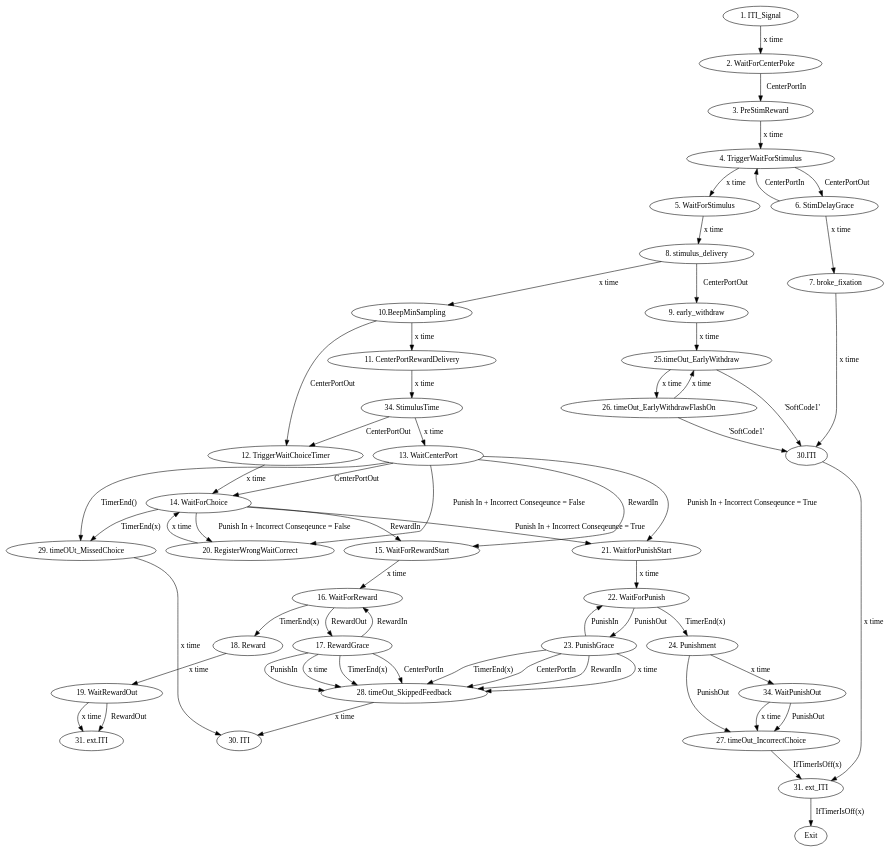
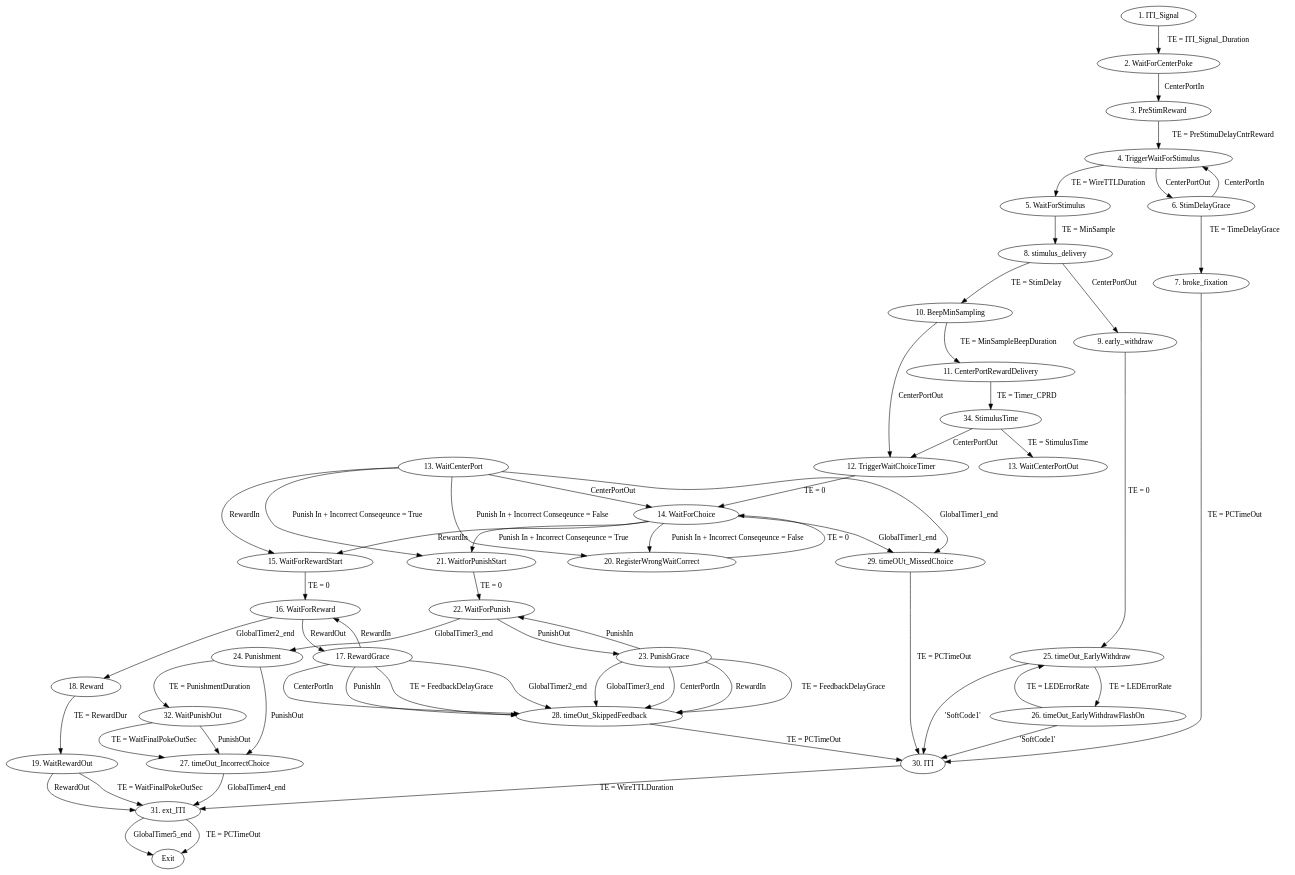
The diagram in FSM_Diagram/Mouse2AFC_State_Tranition_Table.dot (ckarageorgkaneen/mouse2afc), drawn with Graphviz before and after one commit. The commit also changed 2 other files, not shown here.

Commit message:
Revise and add detail to FSM diagram

```diff
--- a/FSM_Diagram/Mouse2AFC_State_Tranition_Table.dot
+++ b/FSM_Diagram/Mouse2AFC_State_Tranition_Table.dot
@@ -1,182 +1,185 @@
 digraph {
 	"1. ITI_Signal"
 	"2. WaitForCenterPoke"
-	"1. ITI_Signal" -> "2. WaitForCenterPoke" [label="x time"]
+	"1. ITI_Signal" -> "2. WaitForCenterPoke" [label="TE = ITI_Signal_Duration"]
 	"2. WaitForCenterPoke"
 	"3. PreStimReward"
 	"2. WaitForCenterPoke" -> "3. PreStimReward" [label=CenterPortIn]
 	"3. PreStimReward"
 	"4. TriggerWaitForStimulus"
-	"3. PreStimReward" -> "4. TriggerWaitForStimulus" [label="x time"]
+	"3. PreStimReward" -> "4. TriggerWaitForStimulus" [label="TE = PreStimuDelayCntrReward"]
 	"4. TriggerWaitForStimulus"
 	"5. WaitForStimulus"
-	"4. TriggerWaitForStimulus" -> "5. WaitForStimulus" [label="x time"]
+	"4. TriggerWaitForStimulus" -> "5. WaitForStimulus" [label="TE = WireTTLDuration"]
 	"4. TriggerWaitForStimulus"
 	"6. StimDelayGrace"
 	"4. TriggerWaitForStimulus" -> "6. StimDelayGrace" [label=CenterPortOut]
 	"5. WaitForStimulus"
 	"8. stimulus_delivery"
-	"5. WaitForStimulus" -> "8. stimulus_delivery" [label="x time"]
+	"5. WaitForStimulus" -> "8. stimulus_delivery" [label="TE = MinSample"]
 	"8. stimulus_delivery"
 	"9. early_withdraw"
 	"8. stimulus_delivery" -> "9. early_withdraw" [label=CenterPortOut]
 	"8. stimulus_delivery"
-	"10.BeepMinSampling"
-	"8. stimulus_delivery" -> "10.BeepMinSampling" [label="x time"]
+	"10. BeepMinSampling"
+	"8. stimulus_delivery" -> "10. BeepMinSampling" [label="TE = StimDelay"]
 	"9. early_withdraw"
-	"25.timeOut_EarlyWithdraw"
-	"9. early_withdraw" -> "25.timeOut_EarlyWithdraw" [label="x time"]
-	"25.timeOut_EarlyWithdraw"
+	"25. timeOut_EarlyWithdraw"
+	"9. early_withdraw" -> "25. timeOut_EarlyWithdraw" [label="TE = 0"]
+	"25. timeOut_EarlyWithdraw"
 	"26. timeOut_EarlyWithdrawFlashOn"
-	"25.timeOut_EarlyWithdraw" -> "26. timeOut_EarlyWithdrawFlashOn" [label="x time"]
-	"25.timeOut_EarlyWithdraw"
-	"30.ITI"
-	"25.timeOut_EarlyWithdraw" -> "30.ITI" [label="'SoftCode1'"]
+	"25. timeOut_EarlyWithdraw" -> "26. timeOut_EarlyWithdrawFlashOn" [label="TE = LEDErrorRate"]
+	"25. timeOut_EarlyWithdraw"
+	"30. ITI"
+	"25. timeOut_EarlyWithdraw" -> "30. ITI" [label="'SoftCode1'"]
 	"26. timeOut_EarlyWithdrawFlashOn"
-	"25.timeOut_EarlyWithdraw"
-	"26. timeOut_EarlyWithdrawFlashOn" -> "25.timeOut_EarlyWithdraw" [label="x time"]
+	"25. timeOut_EarlyWithdraw"
+	"26. timeOut_EarlyWithdrawFlashOn" -> "25. timeOut_EarlyWithdraw" [label="TE = LEDErrorRate"]
 	"26. timeOut_EarlyWithdrawFlashOn"
-	"30.ITI"
-	"26. timeOut_EarlyWithdrawFlashOn" -> "30.ITI" [label="'SoftCode1'"]
+	"30. ITI"
+	"26. timeOut_EarlyWithdrawFlashOn" -> "30. ITI" [label="'SoftCode1'"]
 	"6. StimDelayGrace"
 	"4. TriggerWaitForStimulus"
 	"6. StimDelayGrace" -> "4. TriggerWaitForStimulus" [label=CenterPortIn]
 	"6. StimDelayGrace"
 	"7. broke_fixation"
-	"6. StimDelayGrace" -> "7. broke_fixation" [label="x time"]
+	"6. StimDelayGrace" -> "7. broke_fixation" [label="TE = TimeDelayGrace"]
 	"7. broke_fixation"
-	"30.ITI"
-	"7. broke_fixation" -> "30.ITI" [label="x time"]
-	"10.BeepMinSampling"
+	"30. ITI"
+	"7. broke_fixation" -> "30. ITI" [label="TE = PCTimeOut"]
+	"10. BeepMinSampling"
 	"11. CenterPortRewardDelivery"
-	"10.BeepMinSampling" -> "11. CenterPortRewardDelivery" [label="x time"]
-	"10.BeepMinSampling"
+	"10. BeepMinSampling" -> "11. CenterPortRewardDelivery" [label="TE = MinSampleBeepDuration"]
+	"10. BeepMinSampling"
 	"12. TriggerWaitChoiceTimer"
-	"10.BeepMinSampling" -> "12. TriggerWaitChoiceTimer" [label=CenterPortOut]
+	"10. BeepMinSampling" -> "12. TriggerWaitChoiceTimer" [label=CenterPortOut]
 	"11. CenterPortRewardDelivery"
 	"34. StimulusTime"
-	"11. CenterPortRewardDelivery" -> "34. StimulusTime" [label="x time"]
+	"11. CenterPortRewardDelivery" -> "34. StimulusTime" [label="TE = Timer_CPRD"]
 	"34. StimulusTime"
-	"13. WaitCenterPort"
-	"34. StimulusTime" -> "13. WaitCenterPort" [label="x time"]
+	"13. WaitCenterPortOut"
+	"34. StimulusTime" -> "13. WaitCenterPortOut" [label="TE = StimulusTime"]
 	"34. StimulusTime"
 	"12. TriggerWaitChoiceTimer"
 	"34. StimulusTime" -> "12. TriggerWaitChoiceTimer" [label=CenterPortOut]
 	"13. WaitCenterPort"
 	"14. WaitForChoice"
 	"13. WaitCenterPort" -> "14. WaitForChoice" [label=CenterPortOut]
 	"13. WaitCenterPort"
 	"15. WaitForRewardStart"
 	"13. WaitCenterPort" -> "15. WaitForRewardStart" [label=RewardIn]
 	"13. WaitCenterPort"
 	"29. timeOUt_MissedChoice"
-	"13. WaitCenterPort" -> "29. timeOUt_MissedChoice" [label="TimerEnd()"]
+	"13. WaitCenterPort" -> "29. timeOUt_MissedChoice" [label=GlobalTimer1_end]
 	"13. WaitCenterPort"
 	"21. WaitforPunishStart"
 	"13. WaitCenterPort" -> "21. WaitforPunishStart" [label="Punish In + Incorrect Conseqeunce = True"]
 	"13. WaitCenterPort"
 	"20. RegisterWrongWaitCorrect"
 	"13. WaitCenterPort" -> "20. RegisterWrongWaitCorrect" [label="Punish In + Incorrect Conseqeunce = False"]
 	"12. TriggerWaitChoiceTimer"
 	"14. WaitForChoice"
-	"12. TriggerWaitChoiceTimer" -> "14. WaitForChoice" [label="x time"]
+	"12. TriggerWaitChoiceTimer" -> "14. WaitForChoice" [label="TE = 0  "]
 	"14. WaitForChoice"
 	"15. WaitForRewardStart"
 	"14. WaitForChoice" -> "15. WaitForRewardStart" [label=RewardIn]
 	"14. WaitForChoice"
 	"29. timeOUt_MissedChoice"
-	"14. WaitForChoice" -> "29. timeOUt_MissedChoice" [label="TimerEnd(x)"]
+	"14. WaitForChoice" -> "29. timeOUt_MissedChoice" [label=GlobalTimer1_end]
 	"14. WaitForChoice"
 	"21. WaitforPunishStart"
 	"14. WaitForChoice" -> "21. WaitforPunishStart" [label="Punish In + Incorrect Conseqeunce = True"]
 	"14. WaitForChoice"
 	"20. RegisterWrongWaitCorrect"
 	"14. WaitForChoice" -> "20. RegisterWrongWaitCorrect" [label="Punish In + Incorrect Conseqeunce = False"]
 	"29. timeOUt_MissedChoice"
 	"30. ITI"
-	"29. timeOUt_MissedChoice" -> "30. ITI" [label="x time"]
+	"29. timeOUt_MissedChoice" -> "30. ITI" [label="TE = PCTimeOut"]
 	"20. RegisterWrongWaitCorrect"
 	"14. WaitForChoice"
-	"20. RegisterWrongWaitCorrect" -> "14. WaitForChoice" [label="x time"]
+	"20. RegisterWrongWaitCorrect" -> "14. WaitForChoice" [label="TE = 0"]
 	"21. WaitforPunishStart"
 	"22. WaitForPunish"
-	"21. WaitforPunishStart" -> "22. WaitForPunish" [label="x time"]
+	"21. WaitforPunishStart" -> "22. WaitForPunish" [label="TE = 0"]
 	"22. WaitForPunish"
 	"23. PunishGrace"
 	"22. WaitForPunish" -> "23. PunishGrace" [label=PunishOut]
 	"22. WaitForPunish"
 	"24. Punishment"
-	"22. WaitForPunish" -> "24. Punishment" [label="TimerEnd(x)"]
+	"22. WaitForPunish" -> "24. Punishment" [label=GlobalTimer3_end]
 	"23. PunishGrace"
 	"22. WaitForPunish"
 	"23. PunishGrace" -> "22. WaitForPunish" [label=PunishIn]
 	"23. PunishGrace"
 	"28. timeOut_SkippedFeedback"
-	"23. PunishGrace" -> "28. timeOut_SkippedFeedback" [label="x time"]
+	"23. PunishGrace" -> "28. timeOut_SkippedFeedback" [label="TE = FeedbackDelayGrace"]
 	"23. PunishGrace"
 	"28. timeOut_SkippedFeedback"
-	"23. PunishGrace" -> "28. timeOut_SkippedFeedback" [label="TimerEnd(x)"]
+	"23. PunishGrace" -> "28. timeOut_SkippedFeedback" [label=GlobalTimer3_end]
 	"23. PunishGrace"
 	"28. timeOut_SkippedFeedback"
 	"23. PunishGrace" -> "28. timeOut_SkippedFeedback" [label=CenterPortIn]
 	"23. PunishGrace"
 	"28. timeOut_SkippedFeedback"
 	"23. PunishGrace" -> "28. timeOut_SkippedFeedback" [label=RewardIn]
 	"24. Punishment"
 	"27. timeOut_IncorrectChoice"
 	"24. Punishment" -> "27. timeOut_IncorrectChoice" [label=PunishOut]
 	"24. Punishment"
-	"34. WaitPunishOut"
-	"24. Punishment" -> "34. WaitPunishOut" [label="x time"]
+	"32. WaitPunishOut"
+	"24. Punishment" -> "32. WaitPunishOut" [label="TE = PunishmentDuration"]
 	"27. timeOut_IncorrectChoice"
 	"31. ext_ITI"
-	"27. timeOut_IncorrectChoice" -> "31. ext_ITI" [label="IfTimerIsOff(x)"]
-	"34. WaitPunishOut"
+	"27. timeOut_IncorrectChoice" -> "31. ext_ITI" [label=GlobalTimer4_end]
+	"32. WaitPunishOut"
 	"27. timeOut_IncorrectChoice"
-	"34. WaitPunishOut" -> "27. timeOut_IncorrectChoice" [label="x time"]
-	"34. WaitPunishOut"
+	"32. WaitPunishOut" -> "27. timeOut_IncorrectChoice" [label="TE = WaitFinalPokeOutSec"]
+	"32. WaitPunishOut"
 	"27. timeOut_IncorrectChoice"
-	"34. WaitPunishOut" -> "27. timeOut_IncorrectChoice" [label=PunishOut]
+	"32. WaitPunishOut" -> "27. timeOut_IncorrectChoice" [label=PunishOut]
 	"15. WaitForRewardStart"
 	"16. WaitForReward"
-	"15. WaitForRewardStart" -> "16. WaitForReward" [label="x time"]
+	"15. WaitForRewardStart" -> "16. WaitForReward" [label="TE = 0"]
 	"16. WaitForReward"
 	"17. RewardGrace"
 	"16. WaitForReward" -> "17. RewardGrace" [label=RewardOut]
 	"16. WaitForReward"
 	"18. Reward"
-	"16. WaitForReward" -> "18. Reward" [label="TimerEnd(x)"]
+	"16. WaitForReward" -> "18. Reward" [label=GlobalTimer2_end]
 	"17. RewardGrace"
 	"16. WaitForReward"
 	"17. RewardGrace" -> "16. WaitForReward" [label=RewardIn]
 	"17. RewardGrace"
 	"28. timeOut_SkippedFeedback"
-	"17. RewardGrace" -> "28. timeOut_SkippedFeedback" [label="x time"]
+	"17. RewardGrace" -> "28. timeOut_SkippedFeedback" [label="TE = FeedbackDelayGrace"]
 	"17. RewardGrace"
 	"28. timeOut_SkippedFeedback"
-	"17. RewardGrace" -> "28. timeOut_SkippedFeedback" [label="TimerEnd(x)"]
+	"17. RewardGrace" -> "28. timeOut_SkippedFeedback" [label=GlobalTimer2_end]
 	"17. RewardGrace"
 	"28. timeOut_SkippedFeedback"
 	"17. RewardGrace" -> "28. timeOut_SkippedFeedback" [label=CenterPortIn]
 	"17. RewardGrace"
 	"28. timeOut_SkippedFeedback"
 	"17. RewardGrace" -> "28. timeOut_SkippedFeedback" [label=PunishIn]
 	"28. timeOut_SkippedFeedback"
 	"30. ITI"
-	"28. timeOut_SkippedFeedback" -> "30. ITI" [label="x time"]
+	"28. timeOut_SkippedFeedback" -> "30. ITI" [label="TE = PCTimeOut"]
 	"18. Reward"
 	"19. WaitRewardOut"
-	"18. Reward" -> "19. WaitRewardOut" [label="x time"]
+	"18. Reward" -> "19. WaitRewardOut" [label="TE = RewardDur"]
 	"19. WaitRewardOut"
-	"31. ext.ITI"
-	"19. WaitRewardOut" -> "31. ext.ITI" [label="x time"]
+	"31. ext_ITI"
+	"19. WaitRewardOut" -> "31. ext_ITI" [label="TE = WaitFinalPokeOutSec"]
 	"19. WaitRewardOut"
-	"31. ext.ITI"
-	"19. WaitRewardOut" -> "31. ext.ITI" [label=RewardOut]
-	"30.ITI"
 	"31. ext_ITI"
-	"30.ITI" -> "31. ext_ITI" [label="x time"]
+	"19. WaitRewardOut" -> "31. ext_ITI" [label=RewardOut]
+	"30. ITI"
+	"31. ext_ITI"
+	"30. ITI" -> "31. ext_ITI" [label="TE = WireTTLDuration"]
 	"31. ext_ITI"
 	Exit
-	"31. ext_ITI" -> Exit [label="IfTimerIsOff(x)"]
+	"31. ext_ITI" -> Exit [label=GlobalTimer5_end]
+	"31. ext_ITI"
+	Exit
+	"31. ext_ITI" -> Exit [label="TE = PCTimeOut"]
 }
```
